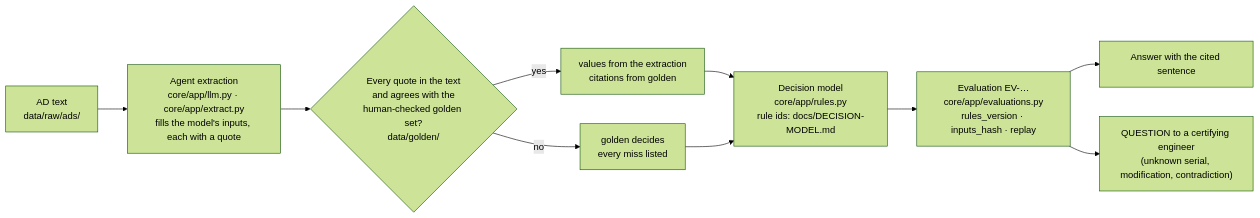
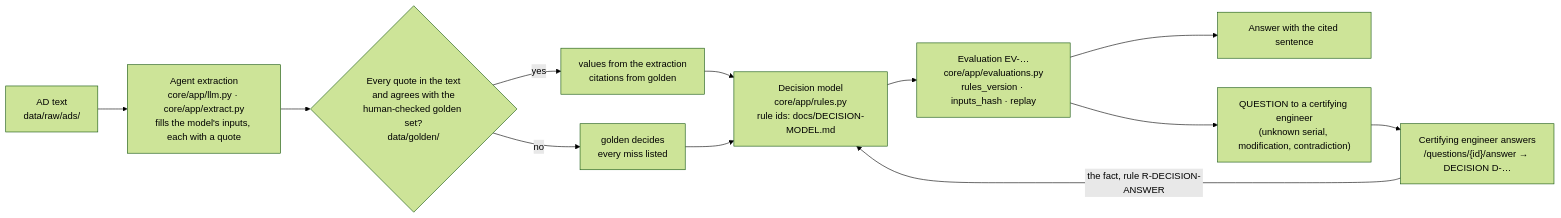
Before and after one commit to niccolopa/ad-brain: the second of 2 diagrams in README.md, drawn with Mermaid (forest theme). The commit also changed other lines of this file, not shown here.

First line of the commit message:
docs: README diagrams and honesty section for what became real — answering a QUESTION, human DECISION records, /ads/{id}, 26 rules

````diff
--- a/README.md
+++ b/README.md
@@ -75,12 +76,14 @@
 ```mermaid
 flowchart LR
     T["AD text<br/>data/raw/ads/"] --> X["Agent extraction<br/>core/app/llm.py · core/app/extract.py<br/>fills the model's inputs, each with a quote"]
     X --> C{"Every quote in the text<br/>and agrees with the<br/>human-checked golden set?<br/>data/golden/"}
     C -- yes --> V["values from the extraction<br/>citations from golden"]
     C -- no --> G["golden decides<br/>every miss listed"]
     V --> M["Decision model<br/>core/app/rules.py<br/>rule ids: docs/DECISION-MODEL.md"]
     G --> M
     M --> E["Evaluation EV-…<br/>core/app/evaluations.py<br/>rules_version · inputs_hash · replay"]
     E --> A["Answer with the cited sentence"]
     E --> Q["QUESTION to a certifying engineer<br/>(unknown serial, modification, contradiction)"]
+    Q --> D["Certifying engineer answers<br/>/questions/{id}/answer → DECISION D-…"]
+    D -- "the fact, rule R-DECISION-ANSWER" --> M
 ```
````
